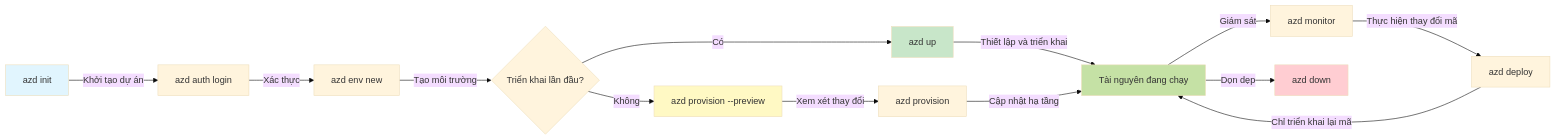
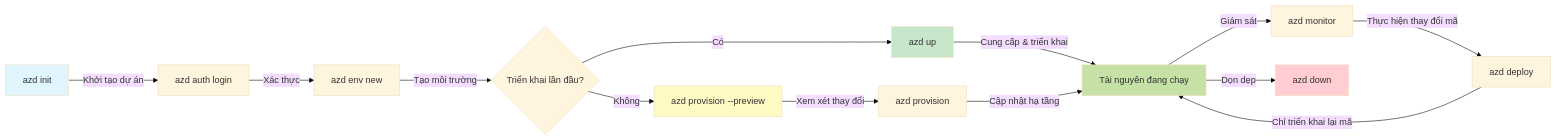
Before and after one commit to microsoft/AZD-for-beginners: the first of 2 diagrams in translations/vi/docs/chapter-01-foundation/azd-basics.md, drawn with Mermaid (base theme). The commit also changed other lines of this file and 101 other files, not shown here.

````diff
--- a/translations/vi/docs/chapter-01-foundation/azd-basics.md
+++ b/translations/vi/docs/chapter-01-foundation/azd-basics.md
@@ -269,21 +269,21 @@
 ```mermaid
 graph LR
     A[azd init] -->|Khởi tạo dự án| B[azd auth login]
     B -->|Xác thực| C[azd env new]
     C -->|Tạo môi trường| D{Triển khai lần đầu?}
     D -->|Có| E[azd up]
     D -->|Không| F[azd provision --preview]
     F -->|Xem xét thay đổi| G[azd provision]
-    E -->|Thiết lập và triển khai| H[Tài nguyên đang chạy]
+    E -->|Cung cấp & triển khai| H[Tài nguyên đang chạy]
     G -->|Cập nhật hạ tầng| H
     H -->|Giám sát| I[azd monitor]
     I -->|Thực hiện thay đổi mã| J[azd deploy]
     J -->|Chỉ triển khai lại mã| H
     H -->|Dọn dẹp| K[azd down]
     
     style A fill:#e1f5fe
     style E fill:#c8e6c9
     style F fill:#fff9c4
     style H fill:#c5e1a5
     style K fill:#ffcdd2
 ```
````
